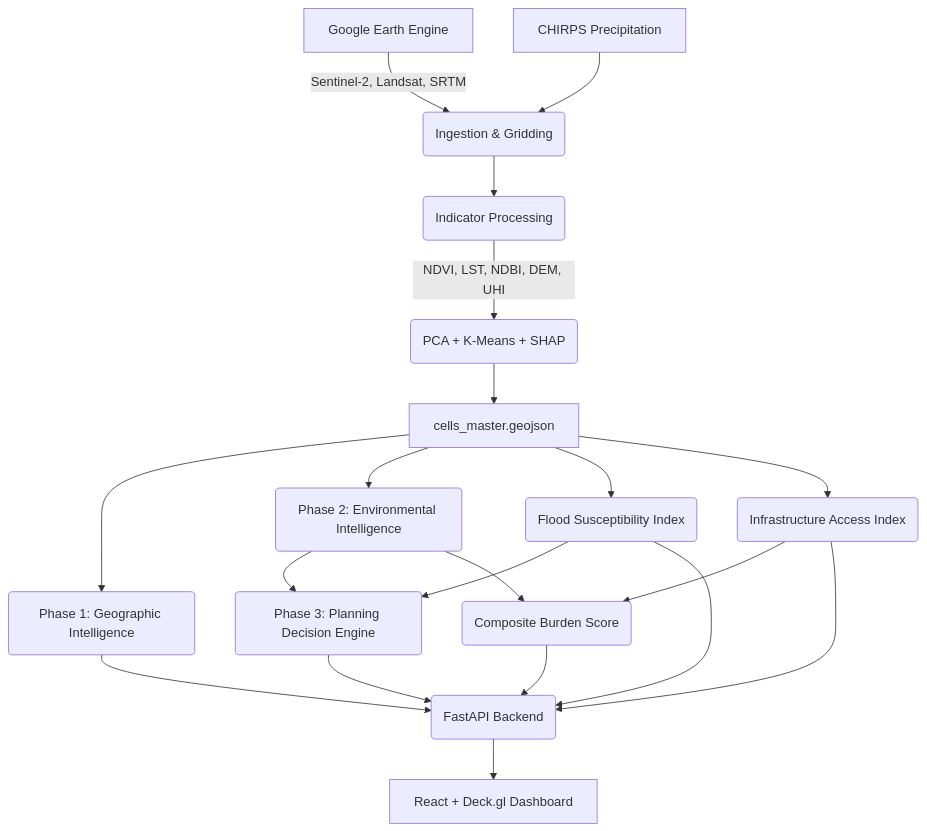
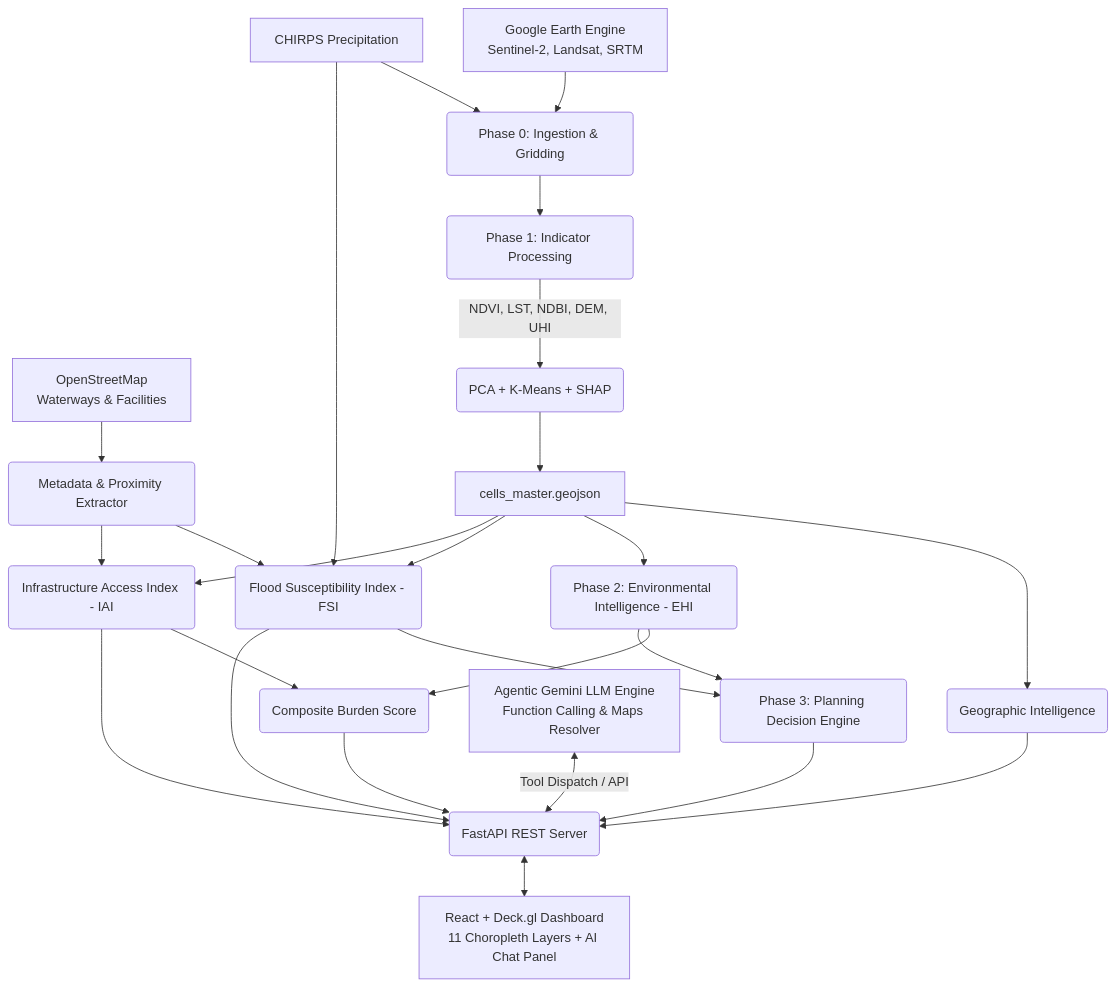
Before and after one commit to aryan4-eternity/CitySense: the diagram in README.md, drawn with Mermaid.

````diff
--- a/README.md
+++ b/README.md
@@ -24,22 +24,25 @@
 ```mermaid
 graph TD
-    GEE[Google Earth Engine] -->|Sentinel-2, Landsat, SRTM| ING(Ingestion & Gridding)
+    GEE[Google Earth Engine<br>Sentinel-2, Landsat, SRTM] --> ING(Phase 0: Ingestion & Gridding)
     CHIRPS[CHIRPS Precipitation] --> ING
-    ING --> PROC(Indicator Processing)
+    OSM[OpenStreetMap<br>Waterways & Facilities] --> META(Metadata & Proximity Extractor)
+    
+    ING --> PROC(Phase 1: Indicator Processing)
     PROC -->|NDVI, LST, NDBI, DEM, UHI| ML(PCA + K-Means + SHAP)
     ML --> MASTER[cells_master.geojson]
-    MASTER --> P1(Phase 1: Geographic Intelligence)
-    MASTER --> P2(Phase 2: Environmental Intelligence)
-    MASTER --> FSI(Flood Susceptibility Index)
-    P2 --> P3(Phase 3: Planning Decision Engine)
-    FSI --> P3
-    MASTER --> IAI(Infrastructure Access Index)
-    IAI --> CB(Composite Burden Score)
-    P2 --> CB
-    P3 --> API(FastAPI Backend)
-    CB --> API
-    FSI --> API
-    IAI --> API
-    API --> DASH[React + Deck.gl Dashboard]
-    P1 --> API
+    
+    MASTER --> P1(Geographic Intelligence)
+    MASTER --> P2(Phase 2: Environmental Intelligence - EHI)
+    
+    MASTER & CHIRPS & META --> FSI(Flood Susceptibility Index - FSI)
+    MASTER & META --> IAI(Infrastructure Access Index - IAI)
+    
+    P2 & IAI --> CB(Composite Burden Score)
+    P2 & FSI --> P3(Phase 3: Planning Decision Engine)
+    
+    P3 & CB & FSI & IAI & P1 --> API(FastAPI REST Server)
+    
+    LLM[Agentic Gemini LLM Engine<br>Function Calling & Maps Resolver] <-->|Tool Dispatch / API| API
+    
+    API <--> DASH[React + Deck.gl Dashboard<br>11 Choropleth Layers + AI Chat Panel]
 ```
````
